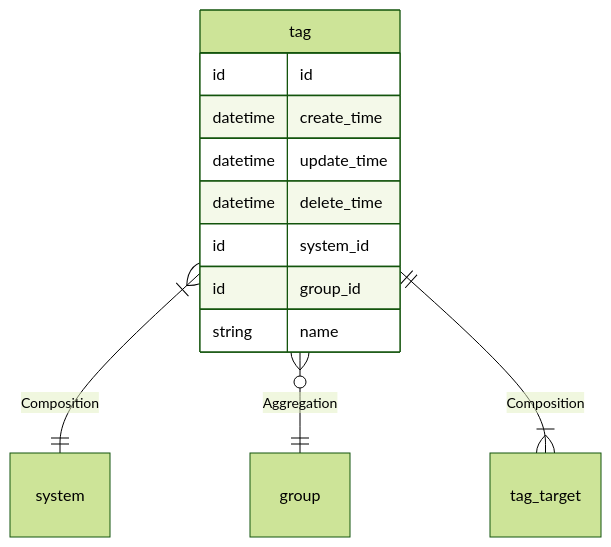
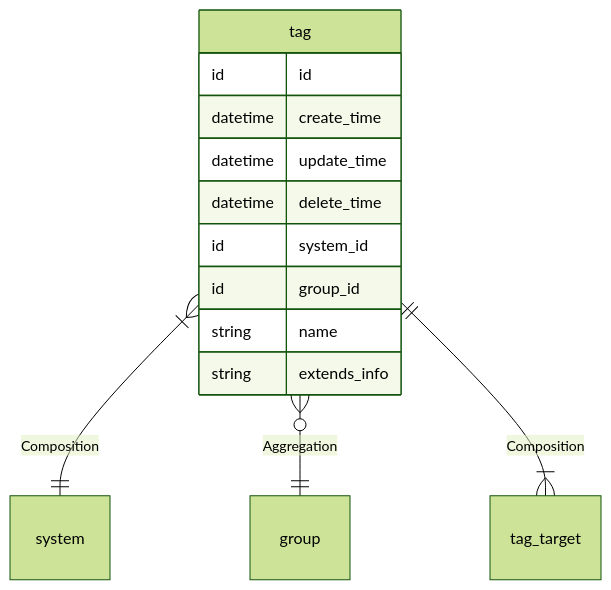
The second of 2 diagrams in docs/entity/tag.md (smarty-kiki/tag), drawn with Mermaid (forest theme) before and after one commit. The commit also changed other lines of this file and 21 other files, not shown here.

Commit message:
group 和 tag 添加 extends_info 字段

````diff
--- a/docs/entity/tag.md
+++ b/docs/entity/tag.md
@@ -34,15 +35,16 @@
 ```mermaid
 erDiagram
     tag }|--|| system : Composition  
     tag }o--|| group : Aggregation  
     tag ||--|{ tag_target : Composition  
     tag {
         id id  
         datetime create_time  
         datetime update_time  
         datetime delete_time  
         id system_id  
         id group_id  
         string name  
+        string extends_info  
     }
 ```
````
